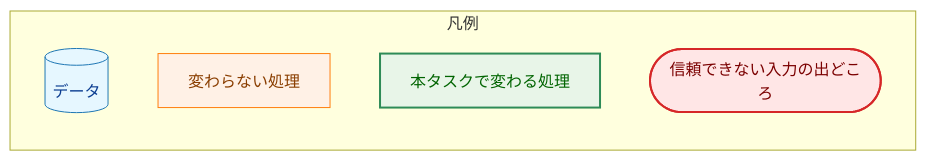
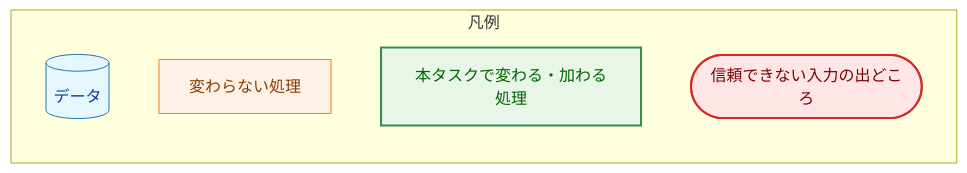
One commit to isseis/yt2column changed the seventh of 11 diagrams in docs/tasks/0032_japanese_pr_title/02_architecture.md. Above: the diagram before and after it, drawn with Mermaid. The commit also changed other lines of this file, not shown here.

First line of the commit message:
docs(0032): address the architecture review and prose pass

````diff
--- a/docs/tasks/0032_japanese_pr_title/02_architecture.md
+++ b/docs/tasks/0032_japanese_pr_title/02_architecture.md
@@ -376,17 +424,17 @@
 ```mermaid
 flowchart LR
     classDef data fill:#e6f7ff,stroke:#1f77b4,stroke-width:1px,color:#0b3d91;
     classDef process fill:#fff1e6,stroke:#ff7f0e,stroke-width:1px,color:#8a3e00;
     classDef enhanced fill:#e8f5e8,stroke:#2e8b57,stroke-width:2px,color:#006400;
     classDef problem fill:#ffe6e6,stroke:#d62728,stroke-width:2px,color:#7b0000;
     subgraph Legend["凡例"]
         L1[("データ")]
         L2["変わらない処理"]
-        L3["本タスクで変わる処理"]
+        L3["本タスクで変わる・加わる処理"]
         L4(["信頼できない入力の出どころ"])
     end
     class L1 data
     class L2 process
     class L3 enhanced
     class L4 problem
 ```
````
